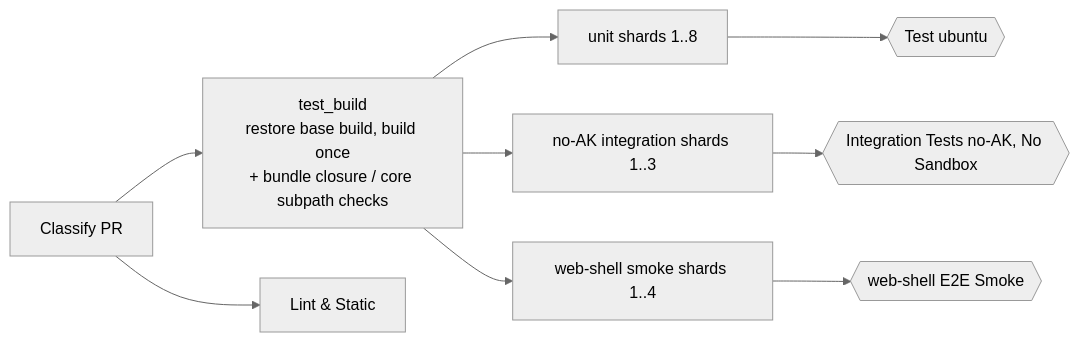
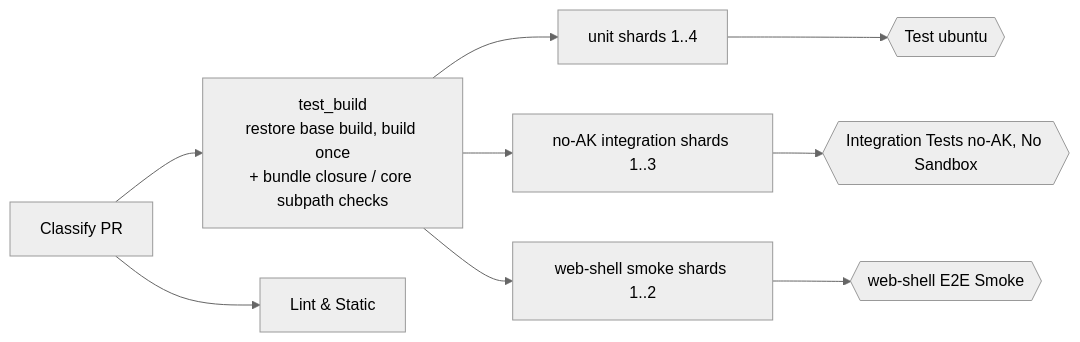
The diagram in docs/design/2026-11-06-ci-pr-critical-path.md (QwenLM/qwen-code), drawn with Mermaid (neutral theme) before and after one commit. The commit also changed 11 other files, not shown here.

First line of the commit message:
ci: halve the Linux unit and web-shell smoke shard counts

````diff
--- a/docs/design/2026-11-06-ci-pr-critical-path.md
+++ b/docs/design/2026-11-06-ci-pr-critical-path.md
@@ -57,11 +57,11 @@
 ```mermaid
 flowchart LR
     C[Classify PR] --> B[test_build<br/>restore base build, build once<br/>+ bundle closure / core subpath checks]
     C --> L[Lint & Static]
-    B --> U[unit shards 1..8]
+    B --> U[unit shards 1..4]
     B --> I[no-AK integration shards 1..3]
-    B --> W[web-shell smoke shards 1..4]
+    B --> W[web-shell smoke shards 1..2]
     U --> T{{Test ubuntu}}
     I --> R{{Integration Tests no-AK, No Sandbox}}
     W --> WR{{web-shell E2E Smoke}}
 ```
````
